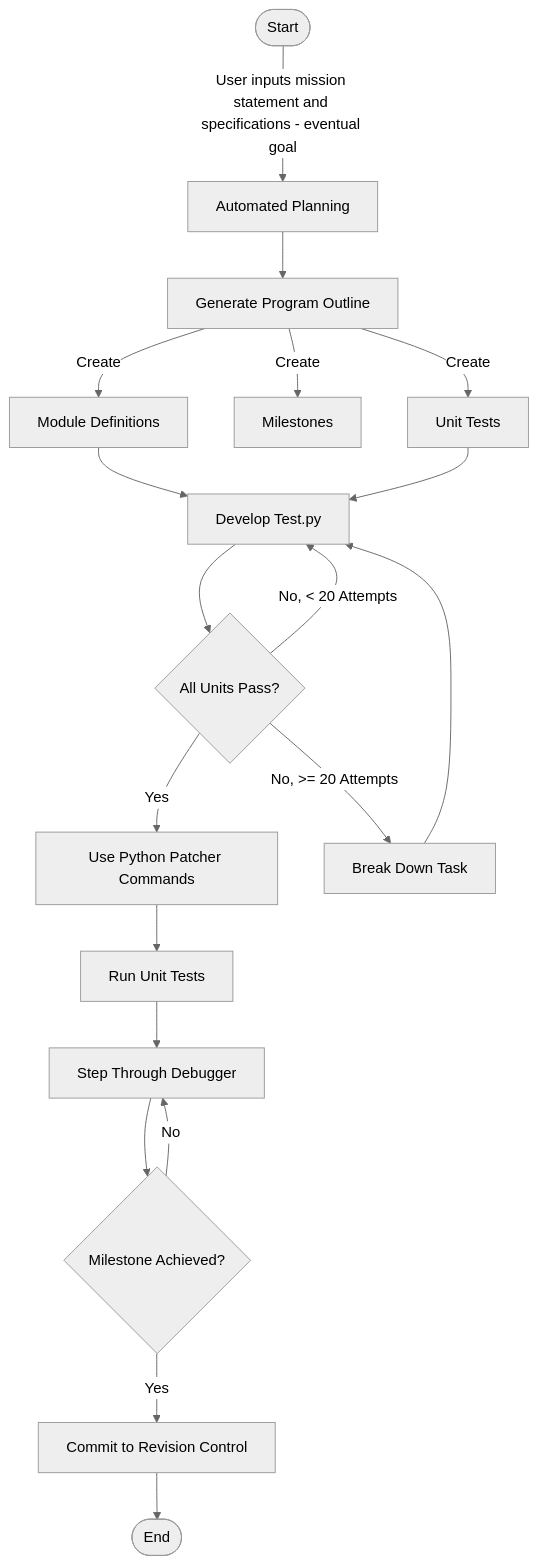
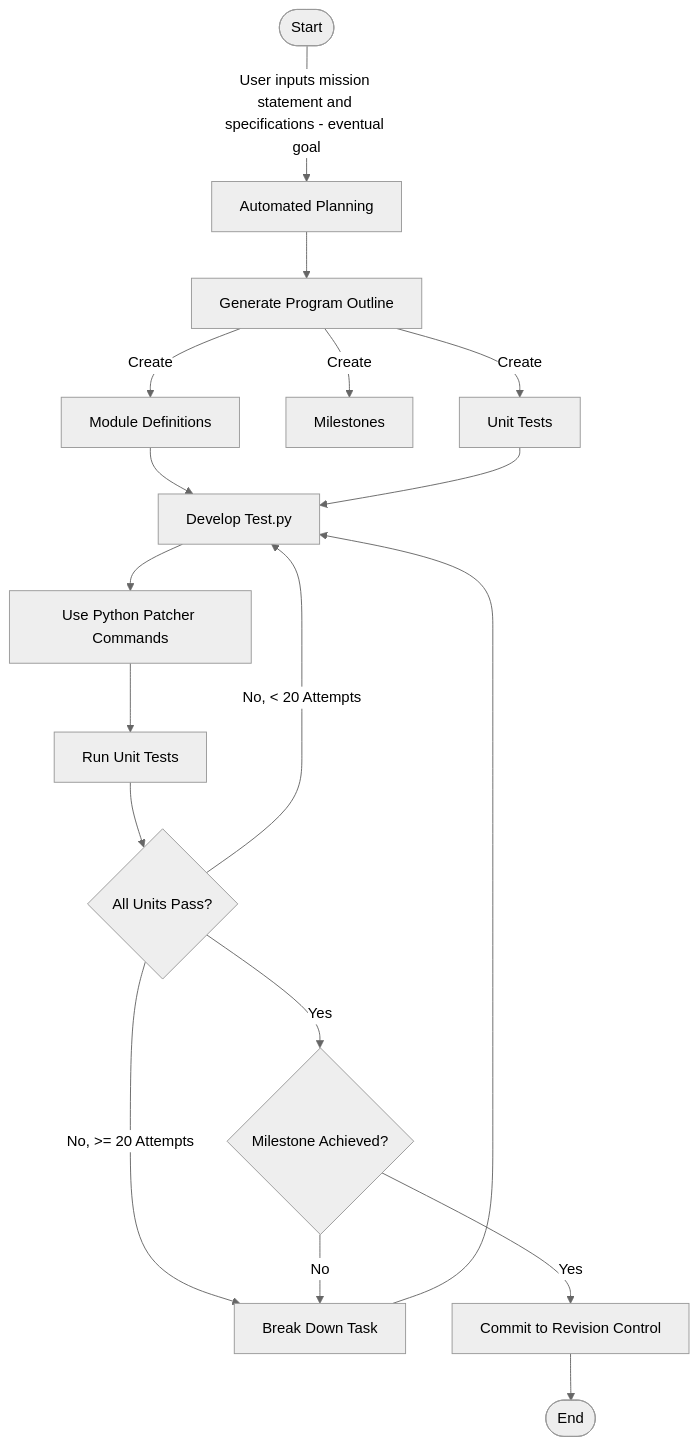
One commit to markmenge/ChatGPT_Programmer changed the diagram in Readme.md. Above: the diagram before and after it, drawn with Mermaid (neutral theme).

````diff
--- a/Readme.md
+++ b/Readme.md
@@ -23,21 +23,20 @@
 ```mermaid
   graph TD
-    A([Start]) -->|User inputs mission statement and specifications - eventual goal| B[Automated Planning];
-    B --> C[Generate Program Outline];
-    C -->|Create| D[Module Definitions];
-    C -->|Create| E[Milestones];
-    C -->|Create| F[Unit Tests];
-    D --> G[Develop Test.py];
-    F --> G;
-    G --> H{All Units Pass?};
-    H -->|Yes| I[Use Python Patcher Commands];
-    H -->|No, < 20 Attempts| G;
-    H -->|No, >= 20 Attempts| J[Break Down Task];
-    I --> K[Run Unit Tests];
-    K --> L[Step Through Debugger];
-    L --> M{Milestone Achieved?};
-    M -->|Yes| N[Commit to Revision Control];
-    M -->|No| L;
-    J --> G;
-    N --> O([End]);
+  A([Start]) -->|User inputs mission statement and specifications - eventual goal| B[Automated Planning];
+  B --> C[Generate Program Outline];
+  C -->|Create| D[Module Definitions];
+  C -->|Create| E[Milestones];
+  C -->|Create| F[Unit Tests];
+  D --> G[Develop Test.py];
+  F --> G;
+  G --> I[Use Python Patcher Commands];
+  I --> K[Run Unit Tests];
+  K --> H{All Units Pass?};
+  H -->|Yes| M{Milestone Achieved?};
+  H -->|No, < 20 Attempts| G;
+  H -->|No, >= 20 Attempts| J[Break Down Task];
+  M -->|Yes| N[Commit to Revision Control];
+  M -->|No| J[Break Down Task];
+  J --> G;
+  N --> O([End]);
 ```
````
